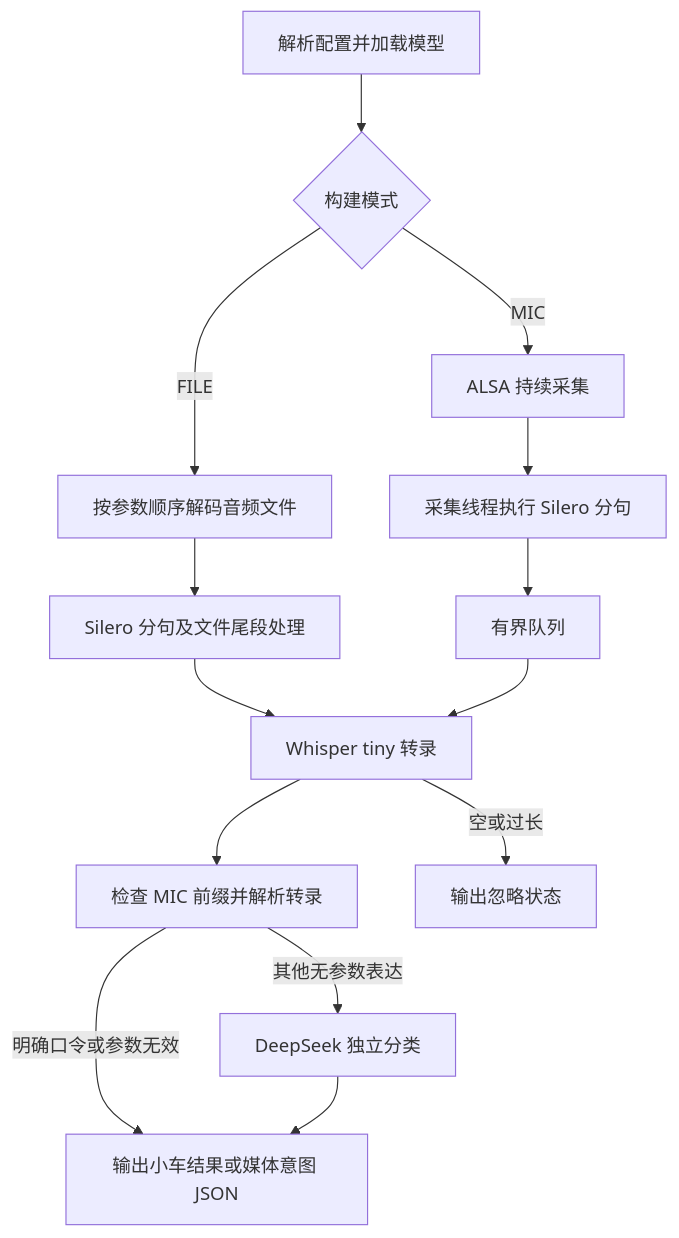
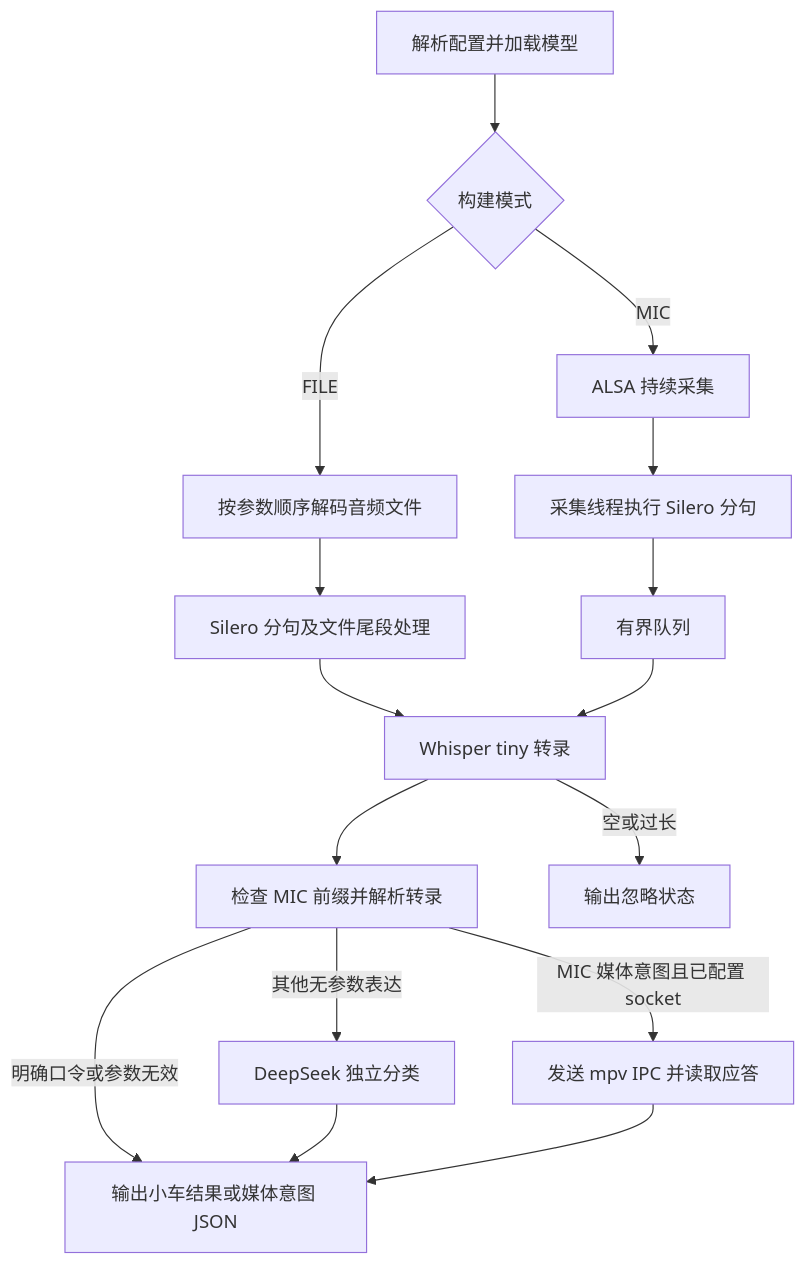
The diagram in demo/smart_car/voice_control/docs/flow.md (hhlqwq/models_deploy), drawn with Mermaid before and after one commit. The commit also changed 4 other files, not shown here.

````diff
--- a/demo/smart_car/voice_control/docs/flow.md
+++ b/demo/smart_car/voice_control/docs/flow.md
@@ -5,16 +5,18 @@
 ```mermaid
 flowchart TD
     A[解析配置并加载模型] --> B{构建模式}
     B -->|FILE| C[按参数顺序解码音频文件]
     B -->|MIC| D[ALSA 持续采集]
     C --> E[Silero 分句及文件尾段处理]
     D --> F[采集线程执行 Silero 分句]
     F --> G[有界队列]
     E --> H[Whisper tiny 转录]
     G --> H
     H --> I[检查 MIC 前缀并解析转录]
     I -->|明确口令或参数无效| J[输出小车结果或媒体意图 JSON]
     I -->|其他无参数表达| L[DeepSeek 独立分类]
     L --> J
+    I -->|MIC 媒体意图且已配置 socket| M[发送 mpv IPC 并读取应答]
+    M --> J
     H -->|空或过长| K[输出忽略状态]
 ```
````
